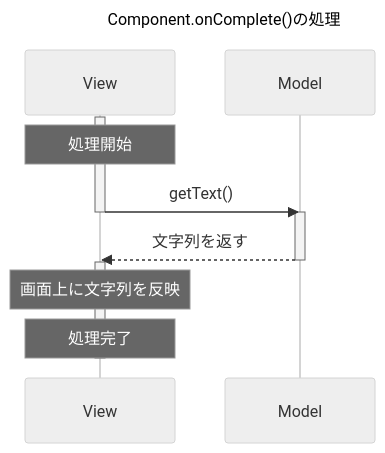
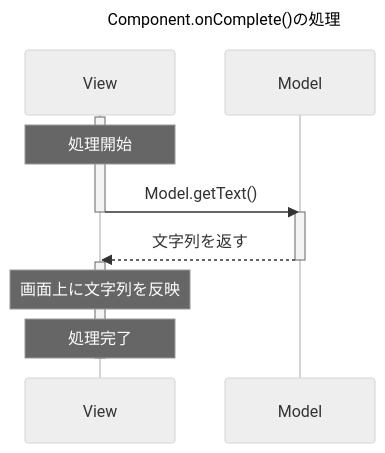
One commit to NatsukiChubachi/Qt_Model_Starter changed the diagram in sequence.md. Above: the diagram before and after it, drawn with Mermaid.

Commit message:
#main シーケンス図を微修正

````diff
--- a/sequence.md
+++ b/sequence.md
@@ -1,24 +1,24 @@
 ```mermaid
 ---
 title: Component.onComplete()の処理
 config:
   theme: neutral
 ---
 sequenceDiagram
     participant View
     participant Model
 
     activate View
     note over View: 処理開始
-    View->>Model: getText()
+    View->>Model: Model.getText()
     deactivate View
     activate Model
 
     Model-->>View: 文字列を返す
     deactivate Model
     activate View
 
     note over View: 画面上に文字列を反映
     note over View: 処理完了
     deactivate View
 ```
````
